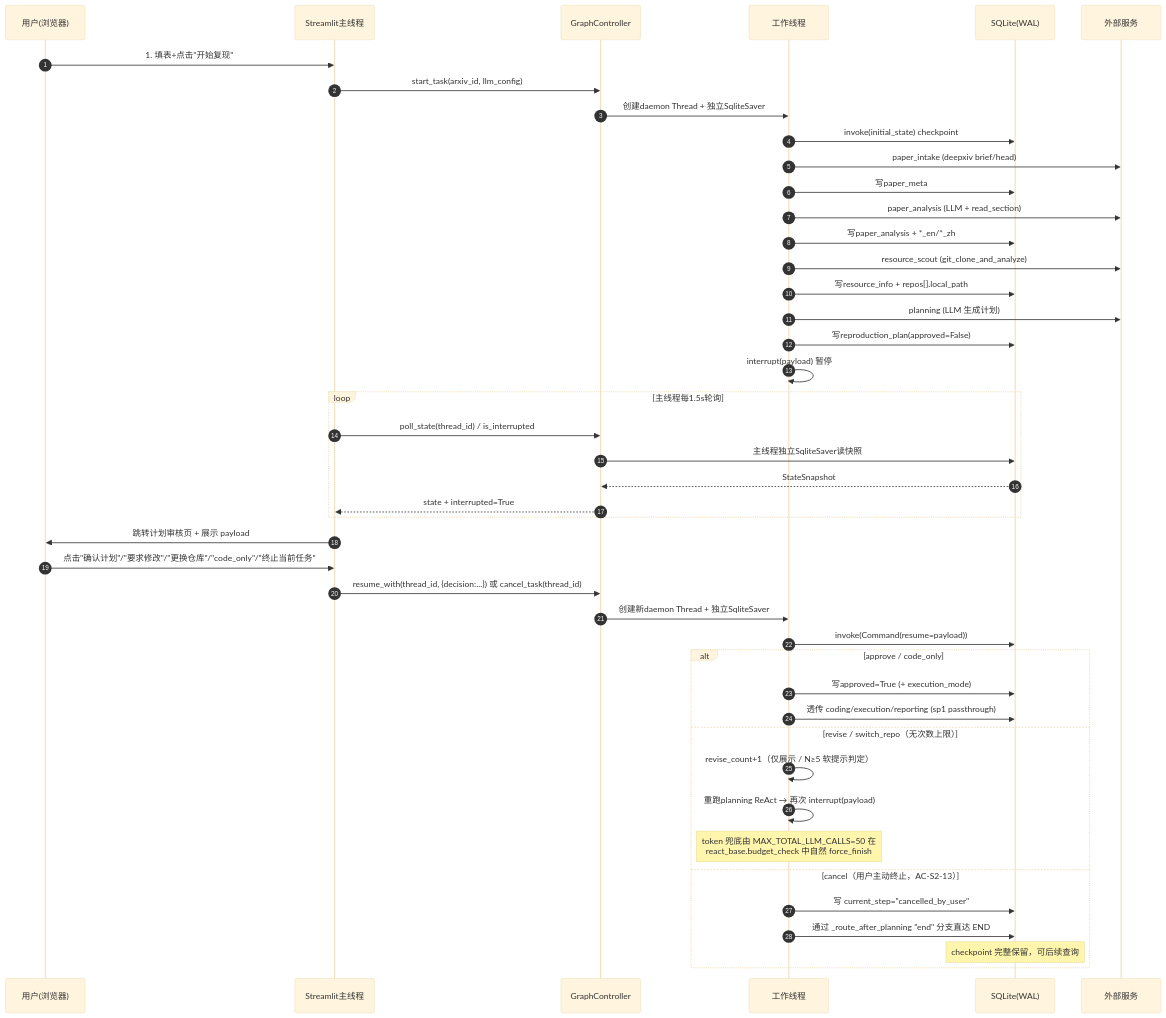
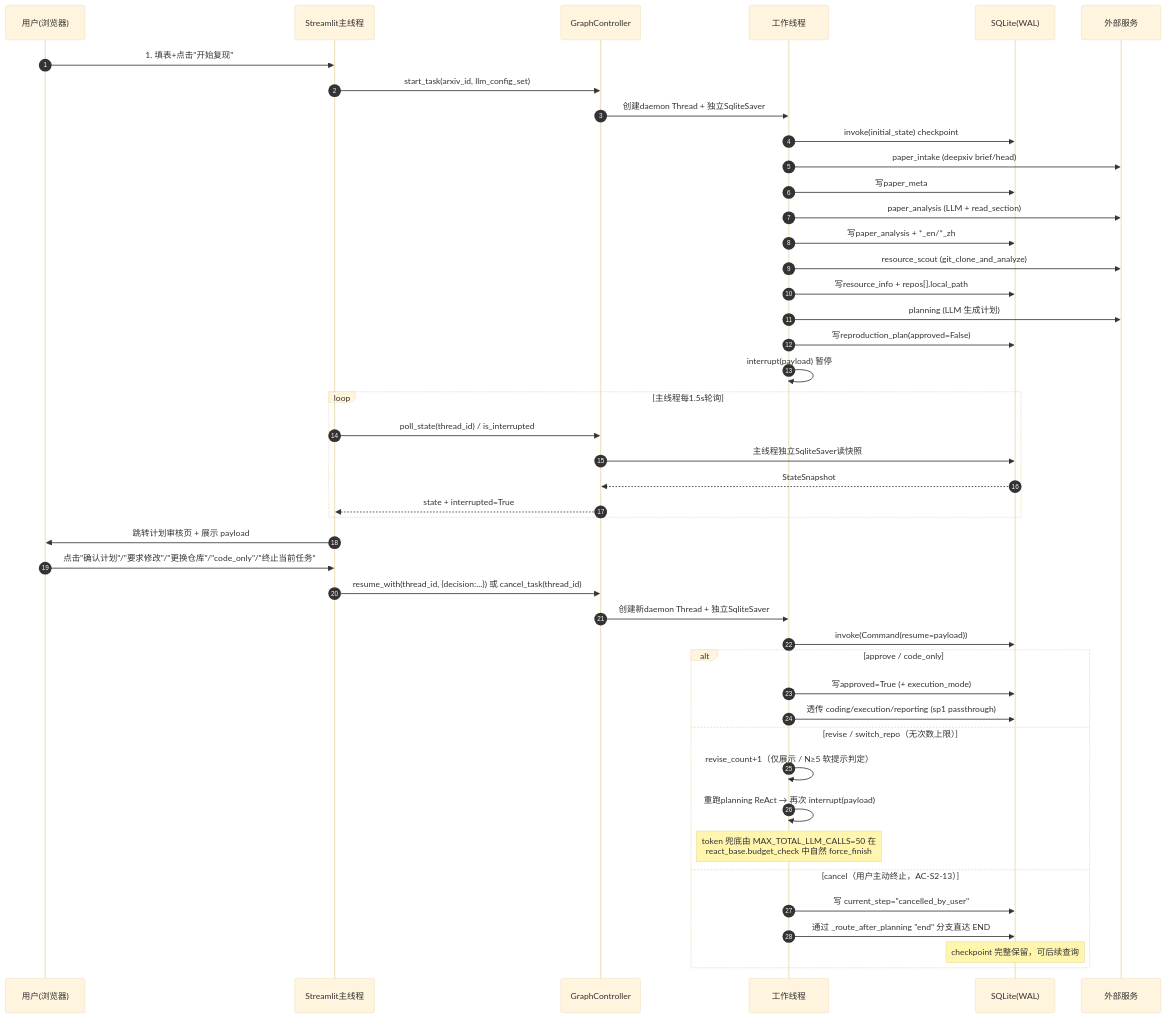
The first of 3 diagrams in docs/sprint2/architecture.md (Maria0514/auto_reproduction), drawn with Mermaid (base theme) before and after one commit. The commit also changed other lines of this file and 1 other file, not shown here.

First line of the commit message:
docs: 对齐 §2.7.1 GraphController checkpoint_ns + start_task 参数名笔误

````diff
--- a/docs/sprint2/architecture.md
+++ b/docs/sprint2/architecture.md
@@ -1115,49 +1126,49 @@
 ```mermaid
 sequenceDiagram
     autonumber
     participant U as 用户(浏览器)
     participant Main as Streamlit主线程
     participant Ctrl as GraphController
     participant Worker as 工作线程
     participant DB as SQLite(WAL)
     participant Ext as 外部服务
 
     U->>Main: 1. 填表+点击"开始复现"
-    Main->>Ctrl: start_task(arxiv_id, llm_config)
+    Main->>Ctrl: start_task(arxiv_id, llm_config_set)
     Ctrl->>Worker: 创建daemon Thread + 独立SqliteSaver
     Worker->>DB: invoke(initial_state) checkpoint
     Worker->>Ext: paper_intake (deepxiv brief/head)
     Worker->>DB: 写paper_meta
     Worker->>Ext: paper_analysis (LLM + read_section)
     Worker->>DB: 写paper_analysis + *_en/*_zh
     Worker->>Ext: resource_scout (git_clone_and_analyze)
     Worker->>DB: 写resource_info + repos[].local_path
     Worker->>Ext: planning (LLM 生成计划)
     Worker->>DB: 写reproduction_plan(approved=False)
     Worker->>Worker: interrupt(payload) 暂停
 
     loop 主线程每1.5s轮询
         Main->>Ctrl: poll_state(thread_id) / is_interrupted
         Ctrl->>DB: 主线程独立SqliteSaver读快照
         DB-->>Ctrl: StateSnapshot
         Ctrl-->>Main: state + interrupted=True
     end
 
     Main->>U: 跳转计划审核页 + 展示 payload
     U->>Main: 点击"确认计划"/"要求修改"/"更换仓库"/"code_only"/"终止当前任务"
     Main->>Ctrl: resume_with(thread_id, {decision:...}) 或 cancel_task(thread_id)
     Ctrl->>Worker: 创建新daemon Thread + 独立SqliteSaver
     Worker->>DB: invoke(Command(resume=payload))
     alt approve / code_only
         Worker->>DB: 写approved=True (+ execution_mode)
         Worker->>DB: 透传 coding/execution/reporting (sp1 passthrough)
     else revise / switch_repo（无次数上限）
         Worker->>Worker: revise_count+1（仅展示 / N≥5 软提示判定）
         Worker->>Worker: 重跑planning ReAct → 再次 interrupt(payload)
         Note over Worker: token 兜底由 MAX_TOTAL_LLM_CALLS=50 在<br/>react_base.budget_check 中自然 force_finish
     else cancel（用户主动终止，AC-S2-13）
         Worker->>DB: 写 current_step="cancelled_by_user"
         Worker->>DB: 通过 _route_after_planning "end" 分支直达 END
         Note over DB: checkpoint 完整保留，可后续查询
     end
 ```
````
